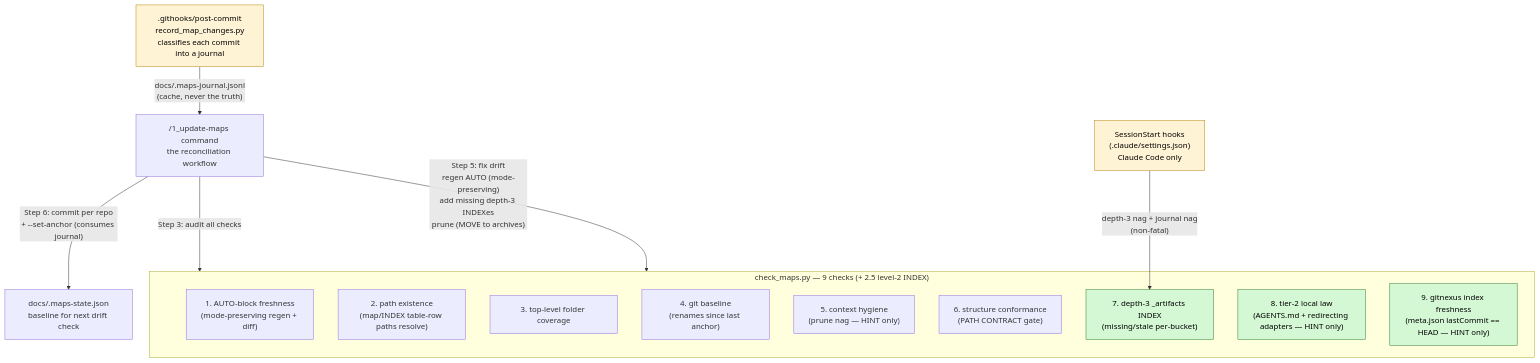
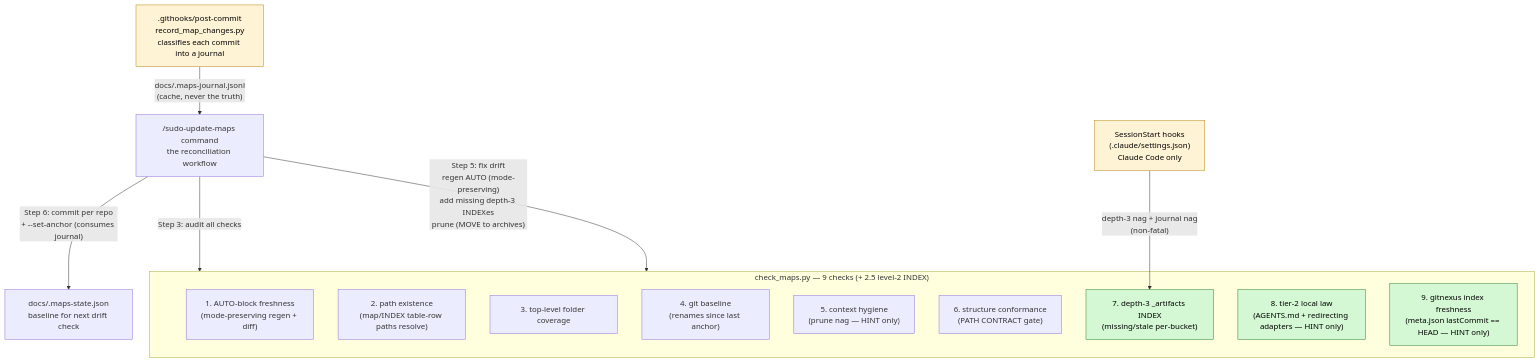
The fifth of 6 diagrams in _my_resources/diagrams_guides/system/file_folder_structure+maintaining.md (sudomadhatter/Sudo_Hatter_Command), drawn with Mermaid before and after one commit. The commit also changed other lines of this file and 51 other files, not shown here.

Commit message:
refactor(toolkit): command-surface restructure — sudo-* renames, /sudo-e2e + /sudo-push-e2e gate, robot-lane _AP exclusion, guide rewrite

````diff
--- a/_my_resources/diagrams_guides/system/file_folder_structure+maintaining.md
+++ b/_my_resources/diagrams_guides/system/file_folder_structure+maintaining.md
@@ -183,30 +183,30 @@
 ```mermaid
 flowchart TD
     subgraph LINTER ["check_maps.py — 9 checks (+ 2.5 level-2 INDEX)"]
         C1["1. AUTO-block freshness\n(mode-preserving regen + diff)"]
         C2["2. path existence\n(map/INDEX table-row paths resolve)"]
         C3["3. top-level folder coverage"]
         C4["4. git baseline\n(renames since last anchor)"]
         C5["5. context hygiene\n(prune nag — HINT only)"]
         C6["6. structure conformance\n(PATH CONTRACT gate)"]
         C7["7. depth-3 _artifacts INDEX\n(missing/stale per-bucket)"]
         C8["8. tier-2 local law\n(AGENTS.md + redirecting adapters — HINT only)"]
         C9["9. gitnexus index freshness\n(meta.json lastCommit == HEAD — HINT only)"]
     end
 
     REC[".githooks/post-commit\nrecord_map_changes.py\nclassifies each commit into a journal"]
     REC -->|"docs/.maps-journal.jsonl\n(cache, never the truth)"| WORKFLOW
 
     HOOK["SessionStart hooks\n(.claude/settings.json)\nClaude Code only"]
     HOOK -->|"depth-3 nag + journal nag\n(non-fatal)"| C7
 
-    WORKFLOW["/1_update-maps command\nthe reconciliation workflow"]
+    WORKFLOW["/sudo-update-maps command\nthe reconciliation workflow"]
     WORKFLOW -->|"Step 3: audit all checks"| LINTER
     WORKFLOW -->|"Step 5: fix drift\nregen AUTO (mode-preserving)\nadd missing depth-3 INDEXes\nprune (MOVE to archives)"| LINTER
     WORKFLOW -->|"Step 6: commit per repo\n+ --set-anchor (consumes journal)"| ANCHOR["docs/.maps-state.json\nbaseline for next drift check"]
 
     classDef hook fill:#fff3d6,stroke:#b8860b,color:#000
     classDef depth3 fill:#d4f7d4,stroke:#2e7d32,color:#000
     class HOOK,REC hook
     class C7,C8,C9 depth3
 ```
````
